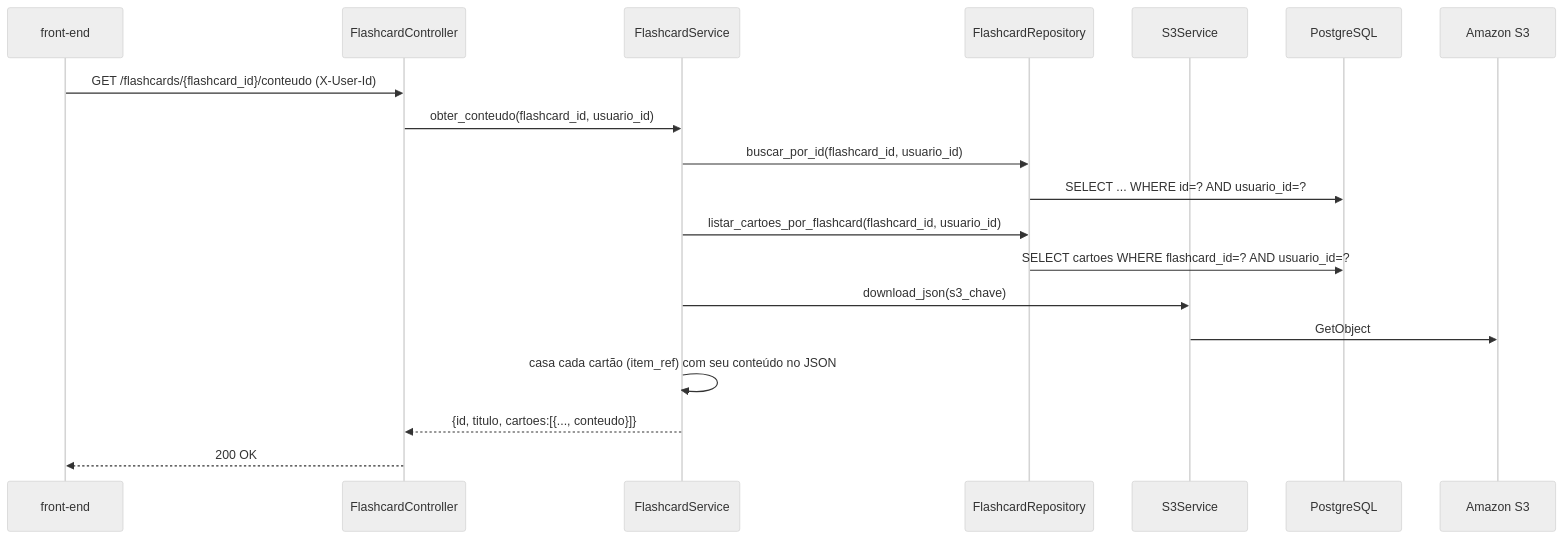
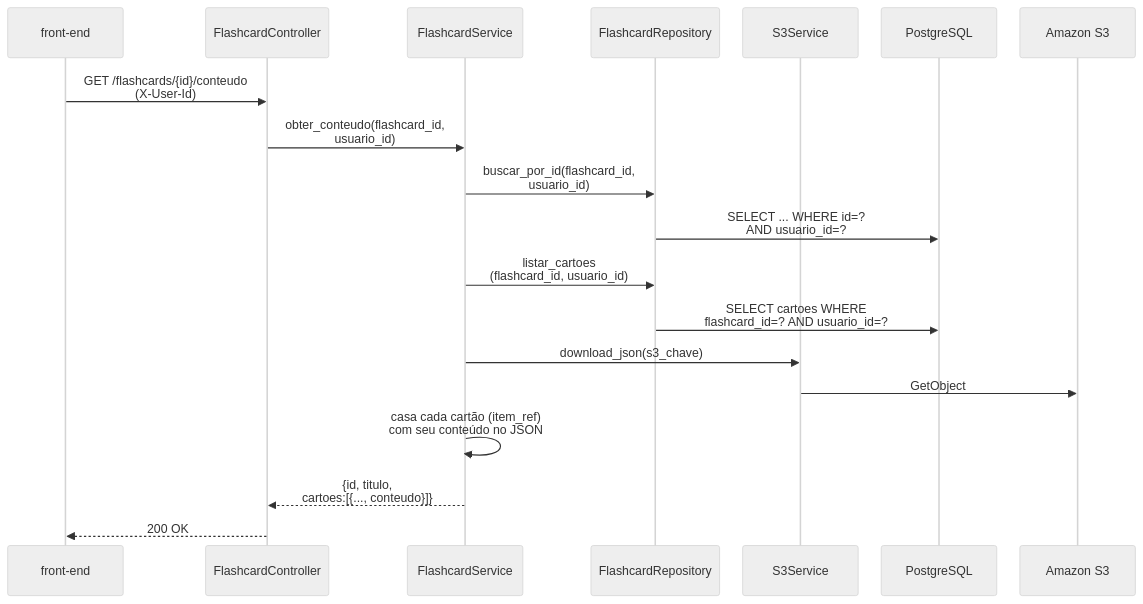
One commit to joaopedro-albuquerque/bright-edtech-backend changed the third of 4 diagrams in .context/projeto-componentes-interacao-seguranca.md. Above: the diagram before and after it, drawn with Mermaid (neutral theme). The commit also changed other lines of this file, not shown here.

First line of the commit message:
docs: compacta diagramas de sequencia da secao 4.5 (espacamento e quebras de linha)

````diff
--- a/.context/projeto-componentes-interacao-seguranca.md
+++ b/.context/projeto-componentes-interacao-seguranca.md
@@ -154,22 +155,23 @@
 ```mermaid
+%%{init: {'sequence': {'actorMargin': 30, 'messageMargin': 20, 'boxMargin': 6, 'diagramMarginX': 10, 'diagramMarginY': 10}}}%%
 sequenceDiagram
     participant FE as front-end
     participant FC as FlashcardController
     participant FS as FlashcardService
     participant Repo as FlashcardRepository
     participant S3S as S3Service
     participant DB as PostgreSQL
     participant S3 as Amazon S3
 
-    FE->>FC: GET /flashcards/{flashcard_id}/conteudo (X-User-Id)
-    FC->>FS: obter_conteudo(flashcard_id, usuario_id)
-    FS->>Repo: buscar_por_id(flashcard_id, usuario_id)
-    Repo->>DB: SELECT ... WHERE id=? AND usuario_id=?
-    FS->>Repo: listar_cartoes_por_flashcard(flashcard_id, usuario_id)
-    Repo->>DB: SELECT cartoes WHERE flashcard_id=? AND usuario_id=?
+    FE->>FC: GET /flashcards/{id}/conteudo<br/>(X-User-Id)
+    FC->>FS: obter_conteudo(flashcard_id,<br/>usuario_id)
+    FS->>Repo: buscar_por_id(flashcard_id,<br/>usuario_id)
+    Repo->>DB: SELECT ... WHERE id=?<br/>AND usuario_id=?
+    FS->>Repo: listar_cartoes<br/>(flashcard_id, usuario_id)
+    Repo->>DB: SELECT cartoes WHERE<br/>flashcard_id=? AND usuario_id=?
     FS->>S3S: download_json(s3_chave)
     S3S->>S3: GetObject
-    FS->>FS: casa cada cartão (item_ref) com seu conteúdo no JSON
-    FS-->>FC: {id, titulo, cartoes:[{..., conteudo}]}
+    FS->>FS: casa cada cartão (item_ref)<br/>com seu conteúdo no JSON
+    FS-->>FC: {id, titulo,<br/>cartoes:[{..., conteudo}]}
     FC-->>FE: 200 OK
 ```
````
